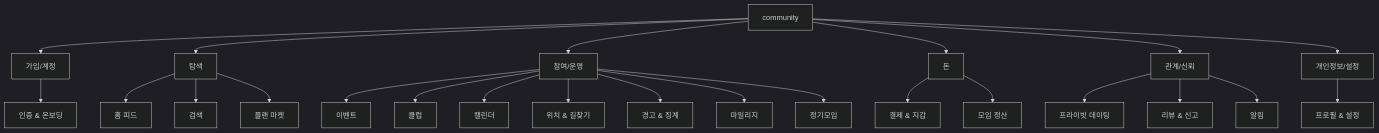
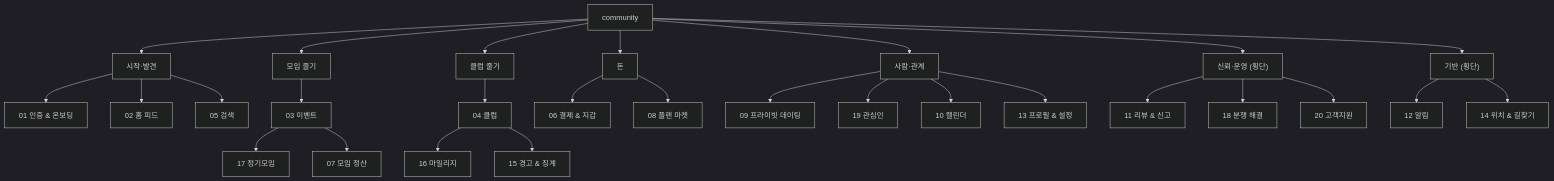
The diagram in prd/00_prd_items/03_information_architecture.md (endside82/business_logic), drawn with Mermaid (dark theme) before and after one commit. The commit also changed other lines of this file and 64 other files, not shown here.

````diff
--- a/prd/00_prd_items/03_information_architecture.md
+++ b/prd/00_prd_items/03_information_architecture.md
@@ -18,26 +20,30 @@
 ```mermaid
 flowchart TD
-    A["community"] --> B["가입/계정"]
-    A --> C["탐색"]
-    A --> D["참여/운영"]
-    A --> E["돈"]
-    A --> F["관계/신뢰"]
-    A --> G["개인정보/설정"]
-    B --> B1["인증 & 온보딩"]
-    C --> C1["홈 피드"]
-    C --> C2["검색"]
-    C --> C3["플랜 마켓"]
-    D --> D1["이벤트"]
-    D --> D2["클럽"]
-    D --> D3["캘린더"]
-    D --> D4["위치 & 길찾기"]
-    D --> D5["경고 & 징계"]
-    D --> D6["마일리지"]
-    D --> D7["정기모임"]
-    E --> E1["결제 & 지갑"]
-    E --> E2["모임 정산"]
-    F --> F1["프라이빗 데이팅"]
-    F --> F2["리뷰 & 신고"]
-    F --> F3["알림"]
-    G --> G1["프로필 & 설정"]
+    A["community"] --> B["시작·발견"]
+    A --> D["모임 줄기"]
+    A --> E["클럽 줄기"]
+    A --> M["돈"]
+    A --> F["사람·관계"]
+    A --> T["신뢰·운영 (횡단)"]
+    A --> G["기반 (횡단)"]
+    B --> B1["01 인증 & 온보딩"]
+    B --> B2["02 홈 피드"]
+    B --> B3["05 검색"]
+    D --> D1["03 이벤트"]
+    D1 --> D2["17 정기모임"]
+    D1 --> D3["07 모임 정산"]
+    E --> E1["04 클럽"]
+    E1 --> E2["16 마일리지"]
+    E1 --> E3["15 경고 & 징계"]
+    M --> M1["06 결제 & 지갑"]
+    M --> M2["08 플랜 마켓"]
+    F --> F1["09 프라이빗 데이팅"]
+    F --> F2["19 관심인"]
+    F --> F3["10 캘린더"]
+    F --> F4["13 프로필 & 설정"]
+    T --> T1["11 리뷰 & 신고"]
+    T --> T2["18 분쟁 해결"]
+    T --> T3["20 고객지원"]
+    G --> G1["12 알림"]
+    G --> G2["14 위치 & 길찾기"]
 ```
````
